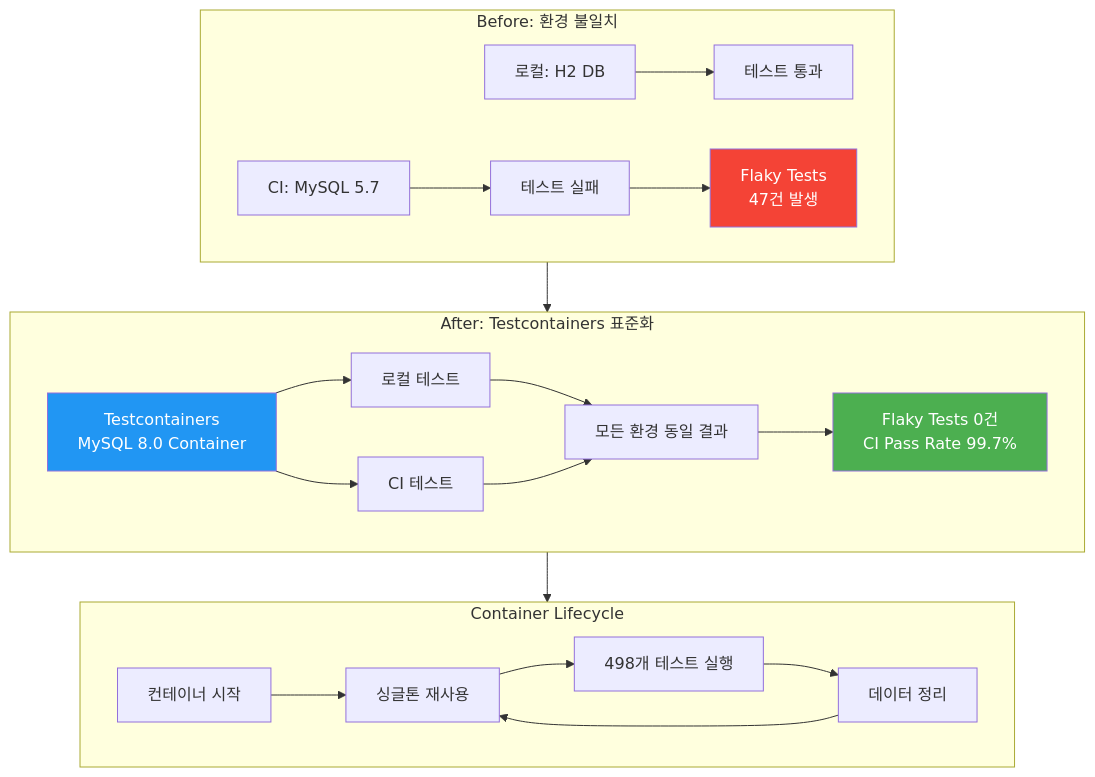
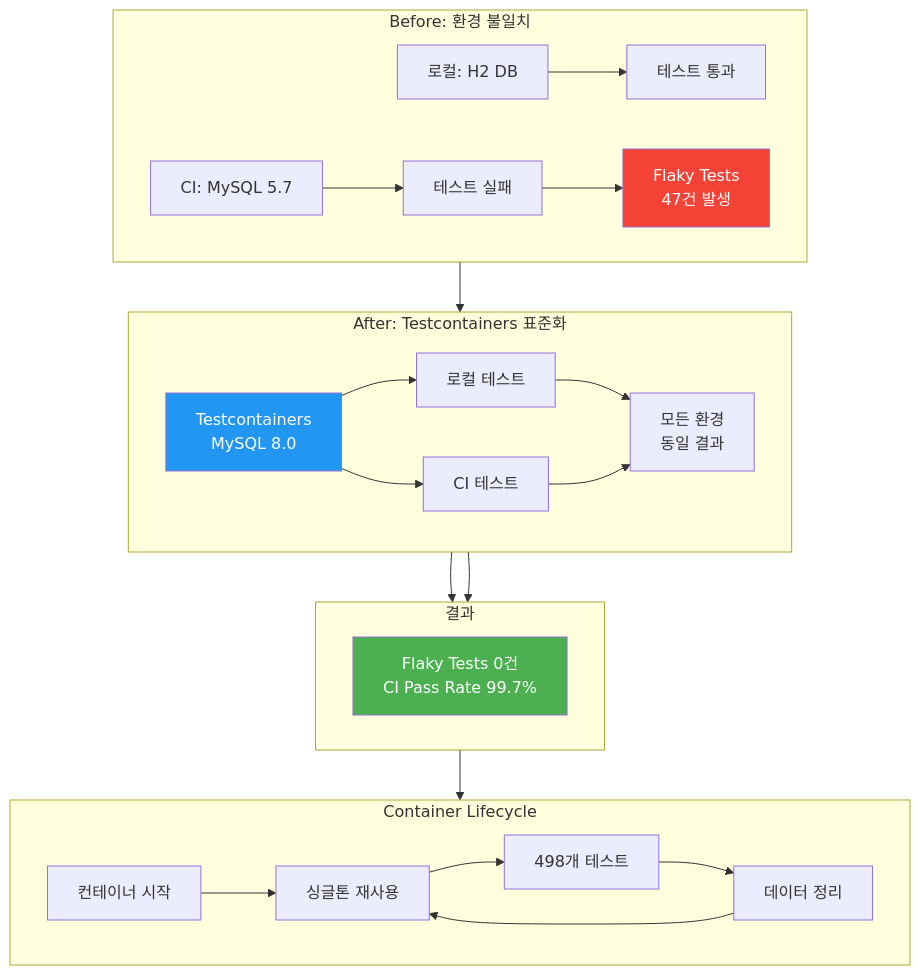
The fourth of 8 diagrams in docs/05_Reports/PORTFOLIO_TECHNICAL_DEEP_DIVE.md (zbnerd/probabilistic-valuation-engine), drawn with Mermaid before and after one commit. The commit also changed other lines of this file, not shown here.

First line of the commit message:
docs: 포트폴리오 다이어그램 TD+LR 혼합 레이아웃 적용

````diff
--- a/docs/05_Reports/PORTFOLIO_TECHNICAL_DEEP_DIVE.md
+++ b/docs/05_Reports/PORTFOLIO_TECHNICAL_DEEP_DIVE.md
@@ -212,30 +213,38 @@
 ```mermaid
-flowchart TB
+flowchart TD
     subgraph Before["Before: 환경 불일치"]
+        direction LR
         LOCAL[로컬: H2 DB] --> TEST1[테스트 통과]
         CI[CI: MySQL 5.7] --> TEST2[테스트 실패]
         TEST2 --> FLAKY[Flaky Tests<br/>47건 발생]
     end
 
     subgraph After["After: Testcontainers 표준화"]
-        TC[Testcontainers<br/>MySQL 8.0 Container] --> LOCAL2[로컬 테스트]
+        direction LR
+        TC[Testcontainers<br/>MySQL 8.0] --> LOCAL2[로컬 테스트]
         TC --> CI2[CI 테스트]
-        LOCAL2 --> PASS[모든 환경 동일 결과]
+        LOCAL2 --> PASS[모든 환경<br/>동일 결과]
         CI2 --> PASS
+    end
+
+    subgraph Result["결과"]
+        direction LR
         PASS --> STABLE[Flaky Tests 0건<br/>CI Pass Rate 99.7%]
     end
 
     subgraph Container["Container Lifecycle"]
+        direction LR
         START[컨테이너 시작] --> REUSE[싱글톤 재사용]
-        REUSE --> TESTS[498개 테스트 실행]
+        REUSE --> TESTS[498개 테스트]
         TESTS --> CLEAN[데이터 정리]
         CLEAN --> REUSE
     end
 
     Before --> After
-    After --> Container
+    After --> Result
+    Result --> Container
 
     style FLAKY fill:#F44336,color:white
     style STABLE fill:#4CAF50,color:white
     style TC fill:#2196F3,color:white
 ```
````
